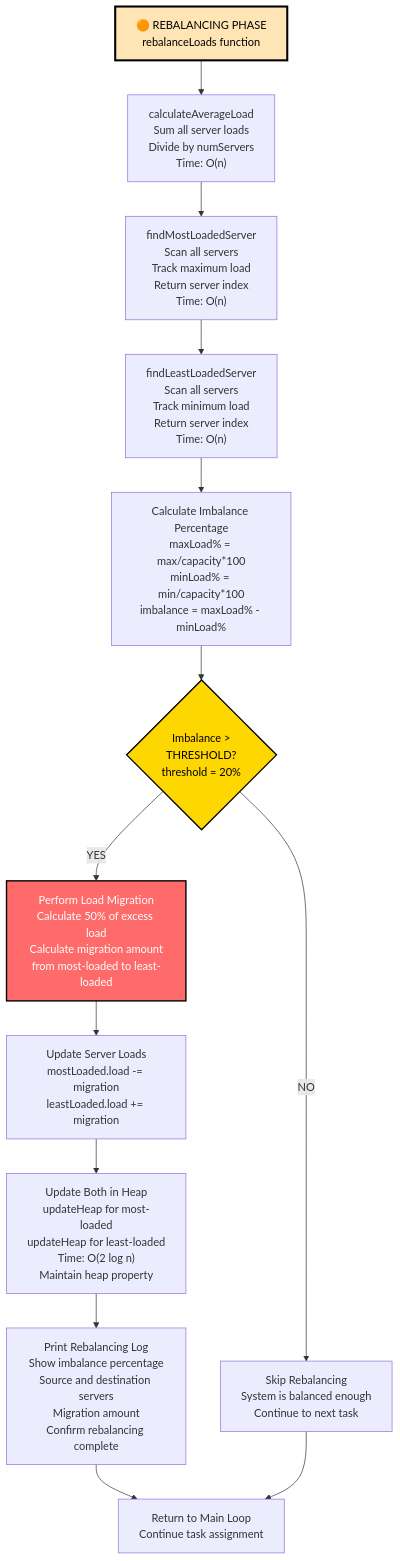
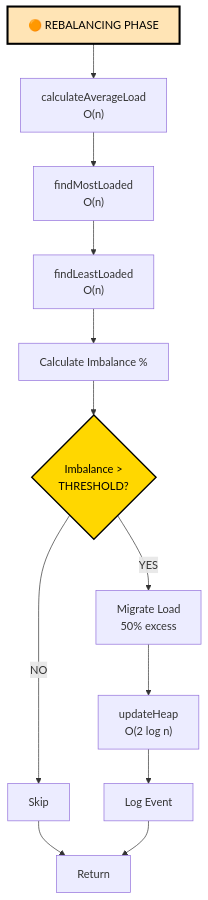
The third of 4 diagrams in README.md (PranavOaR/DynamicLoadBalancing), drawn with Mermaid before and after one commit. The commit also changed other lines of this file, not shown here.

````diff
--- a/README.md
+++ b/README.md
@@ -70,21 +144,19 @@
 ```mermaid
 flowchart TD
-    Q["🟠 REBALANCING PHASE<br/>rebalanceLoads function"] --> S["calculateAverageLoad<br/>Sum all server loads<br/>Divide by numServers<br/>Time: O(n)"]
-    S --> T["findMostLoadedServer<br/>Scan all servers<br/>Track maximum load<br/>Return server index<br/>Time: O(n)"]
-    T --> U["findLeastLoadedServer<br/>Scan all servers<br/>Track minimum load<br/>Return server index<br/>Time: O(n)"]
-    U --> V["Calculate Imbalance Percentage<br/>maxLoad% = max/capacity*100<br/>minLoad% = min/capacity*100<br/>imbalance = maxLoad% - minLoad%"]
-    V --> W{Imbalance ><br/>THRESHOLD?<br/>threshold = 20%}
+    Q["🟠 REBALANCING PHASE"] --> S["calculateAverageLoad<br/>O(n)"]
+    S --> T["findMostLoaded<br/>O(n)"]
+    T --> U["findLeastLoaded<br/>O(n)"]
+    U --> V["Calculate Imbalance %"]
+    V --> W{Imbalance ><br/>THRESHOLD?}
     
-    W -->|NO| X["Skip Rebalancing<br/>System is balanced enough<br/>Continue to next task"]
-    W -->|YES| Y["Perform Load Migration<br/>Calculate 50% of excess load<br/>Calculate migration amount<br/>from most-loaded to least-loaded"]
-    Y --> Z["Update Server Loads<br/>mostLoaded.load -= migration<br/>leastLoaded.load += migration"]
-    Z --> AA["Update Both in Heap<br/>updateHeap for most-loaded<br/>updateHeap for least-loaded<br/>Time: O(2 log n)<br/>Maintain heap property"]
-    AA --> AB["Print Rebalancing Log<br/>Show imbalance percentage<br/>Source and destination servers<br/>Migration amount<br/>Confirm rebalancing complete"]
-    AB --> AC["Return to Main Loop<br/>Continue task assignment"]
+    W -->|NO| X["Skip"]
+    W -->|YES| Y["Migrate Load<br/>50% excess"]
+    Y --> Z["updateHeap<br/>O(2 log n)"]
+    Z --> AA["Log Event"]
     
-    X --> AC
+    X --> AB["Return"]
+    AA --> AB
     
     style Q fill:#FFE4B5,stroke:#000,stroke-width:3px,color:#000
     style W fill:#FFD700,stroke:#000,stroke-width:2px,color:#000
-    style Y fill:#FF6B6B,stroke:#000,stroke-width:2px,color:#fff
 ```
````
